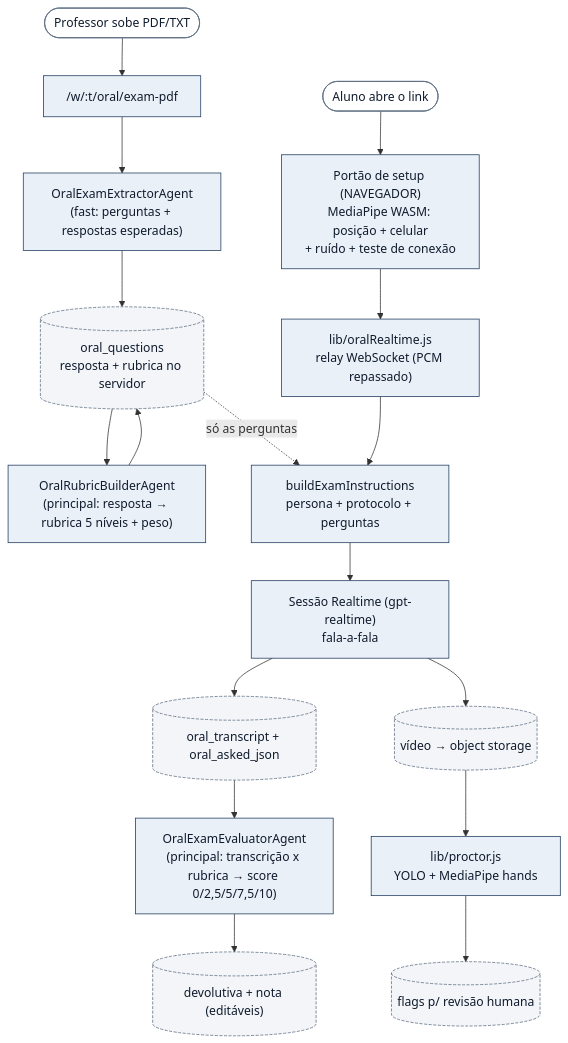
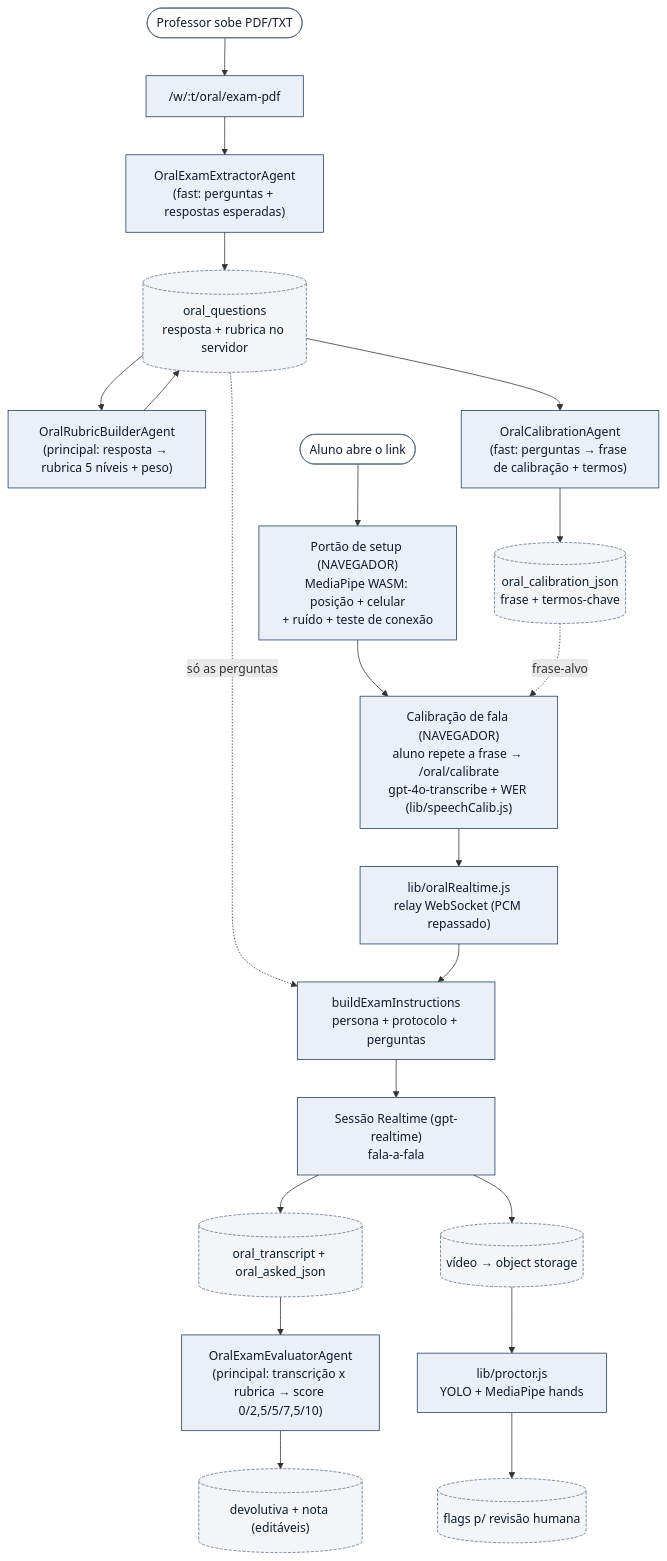
Before and after one commit to gladsjr/super-ta: the fourth of 4 diagrams in docs/architecture.md, drawn with Mermaid. The commit also changed other lines of this file and 16 other files, not shown here.

````diff
--- a/docs/architecture.md
+++ b/docs/architecture.md
@@ -268,40 +269,46 @@
 ```mermaid
 flowchart TD
   %% PROFESSOR: sobe a prova → extrai perguntas + respostas → gera rubricas.
   ExamUp([Professor sobe PDF/TXT]) --> ExamPdf["/w/:t/oral/exam-pdf"]
   ExamPdf --> Extractor["OralExamExtractorAgent<br/>(fast: perguntas + respostas esperadas)"]
   Extractor --> Questions[("oral_questions<br/>resposta + rubrica no servidor")]
   Questions --> RubricGen["OralRubricBuilderAgent<br/>(principal: resposta → rubrica 5 níveis + peso)"]
   RubricGen --> Questions
+  Questions --> CalibGen["OralCalibrationAgent<br/>(fast: perguntas → frase de calibração + termos)"]
+  CalibGen --> Calib[("oral_calibration_json<br/>frase + termos-chave")]
 
-  %% ALUNO: consentimento → portão no NAVEGADOR → relay Realtime.
+  %% ALUNO: consentimento → portão no NAVEGADOR → calibração de fala → relay Realtime.
   StuStart([Aluno abre o link]) --> Setup["Portão de setup (NAVEGADOR)<br/>MediaPipe WASM: posição + celular<br/>+ ruído + teste de conexão"]
-  Setup --> Relay["lib/oralRealtime.js<br/>relay WebSocket (PCM repassado)"]
+  Setup --> Calibrate["Calibração de fala (NAVEGADOR)<br/>aluno repete a frase → /oral/calibrate<br/>gpt-4o-transcribe + WER (lib/speechCalib.js)"]
+  Calib -.->|"frase-alvo"| Calibrate
+  Calibrate --> Relay["lib/oralRealtime.js<br/>relay WebSocket (PCM repassado)"]
   Questions -.->|"só as perguntas"| BuildInstr
   Relay --> BuildInstr["buildExamInstructions<br/>persona + protocolo + perguntas"]
   BuildInstr --> RT["Sessão Realtime (gpt-realtime)<br/>fala-a-fala"]
   RT --> Transcript[("oral_transcript + oral_asked_json")]
   RT --> Video[("vídeo → object storage")]
 
   %% PÓS-PROVA: avaliação + proctoring (lote, com streaming NDJSON).
   Transcript --> Evaluator["OralExamEvaluatorAgent<br/>(principal: transcrição x rubrica → score 0/2,5/5/7,5/10)"]
   Evaluator --> Devol[("devolutiva + nota (editáveis)")]
   Video --> Proctor["lib/proctor.js<br/>YOLO + MediaPipe hands"]
   Proctor --> Flags[("flags p/ revisão humana")]
 
   classDef agent fill:#eaf0f7,stroke:#1e3a5f,color:#0f1b2d;
   classDef state fill:#f3f5f8,stroke:#5a6b80,color:#0f1b2d,stroke-dasharray: 4 2;
   classDef entry fill:#ffffff,stroke:#5a6b80,color:#0f1b2d;
-  class ExamPdf,Extractor,RubricGen,Setup,Relay,BuildInstr,RT,Evaluator,Proctor agent
-  class Questions,Transcript,Video,Devol,Flags state
+  class ExamPdf,Extractor,RubricGen,CalibGen,Setup,Calibrate,Relay,BuildInstr,RT,Evaluator,Proctor agent
+  class Questions,Transcript,Video,Devol,Flags,Calib state
   class ExamUp,StuStart entry
 
   click ExamPdf "vscode://file/c:/Users/glads/src/super-ta/routes/oralExam.js" "Handler /oral/exam-pdf (PDF ou TXT)"
   click Extractor "vscode://file/c:/Users/glads/src/super-ta/agents/OralExamExtractorAgent.js" "SYS do OralExamExtractorAgent"
   click RubricGen "vscode://file/c:/Users/glads/src/super-ta/agents/OralRubricBuilderAgent.js" "systemPromptBody do OralRubricBuilderAgent"
+  click CalibGen "vscode://file/c:/Users/glads/src/super-ta/agents/OralCalibrationAgent.js" "systemPromptBody do OralCalibrationAgent"
+  click Calibrate "vscode://file/c:/Users/glads/src/super-ta/routes/oralExam.js" "Handler /oral/calibrate (pontuação em lib/speechCalib.js)"
   click Relay "vscode://file/c:/Users/glads/src/super-ta/lib/oralRealtime.js" "attachOralRelay (relay WebSocket)"
   click BuildInstr "vscode://file/c:/Users/glads/src/super-ta/lib/oralRealtime.js" "buildExamInstructions"
   click RT "vscode://file/c:/Users/glads/src/super-ta/lib/oralRealtime.js" "Sessão Realtime"
   click Evaluator "vscode://file/c:/Users/glads/src/super-ta/agents/OralExamEvaluatorAgent.js" "SYS do OralExamEvaluatorAgent"
   click Proctor "vscode://file/c:/Users/glads/src/super-ta/lib/proctor.js" "analyzeOralVideo (proctoring de vídeo)"
 ```
````
